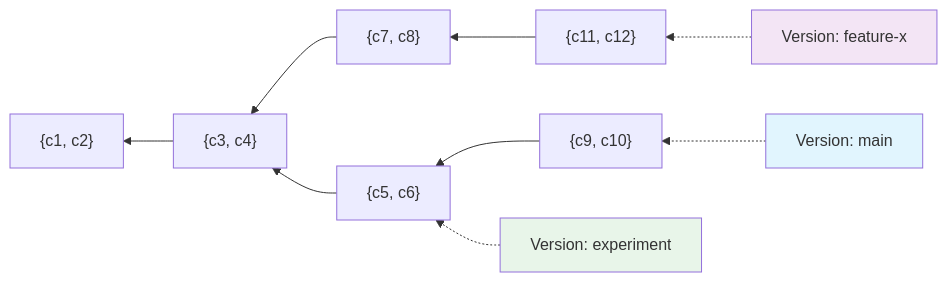
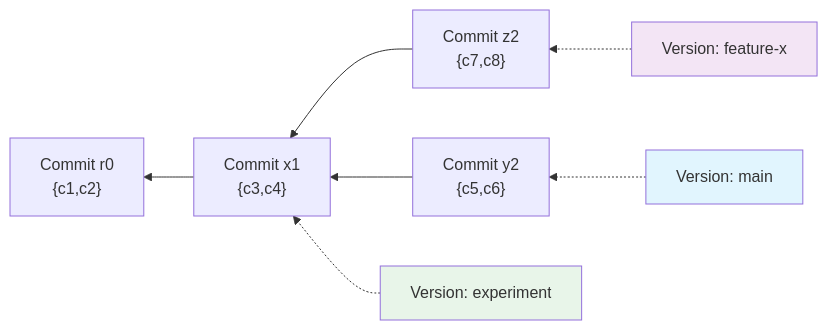
One commit to opral/monorepo changed the sixth of 6 diagrams in packages/lix/docs/docs/guide/architecture.md. Above: the diagram before and after it, drawn with Mermaid. The commit also changed other lines of this file, not shown here.

Commit message:
docs: enhance architecture documentation with clearer definitions and diagrams

````diff
--- a/packages/lix/docs/docs/guide/architecture.md
+++ b/packages/lix/docs/docs/guide/architecture.md
@@ -114,19 +124,16 @@
 ```mermaid
 graph RL
-    %% Change sets in the global graph
-    CS6["{c11, c12}"] --> CS4["{c7, c8}"]
-    CS5["{c9, c10}"] --> CS3["{c5, c6}"]
-    CS4 --> CS2["{c3, c4}"]
-    CS3 --> CS2
-    CS2 --> CS1["{c1, c2}"]
+    %% Commits
+    C4["Commit z2\n{c7,c8}"] --> C2["Commit x1\n{c3,c4}"]
+    C3["Commit y2\n{c5,c6}"] --> C2
+    C2 --> C1["Commit r0\n{c1,c2}"]
 
-    %% Version pointers
-    V1["Version: main"] -.-> CS5
-    V2["Version: feature-x"] -.-> CS6
-    V3["Version: experiment"] -.-> CS3
+    %% Versions
+    V1["Version: main"] -.-> C3
+    V2["Version: feature-x"] -.-> C4
+    V3["Version: experiment"] -.-> C2
 
-    %% Style the versions differently
     style V1 fill:#e1f5fe
     style V2 fill:#f3e5f5
     style V3 fill:#e8f5e9
 ```
````
